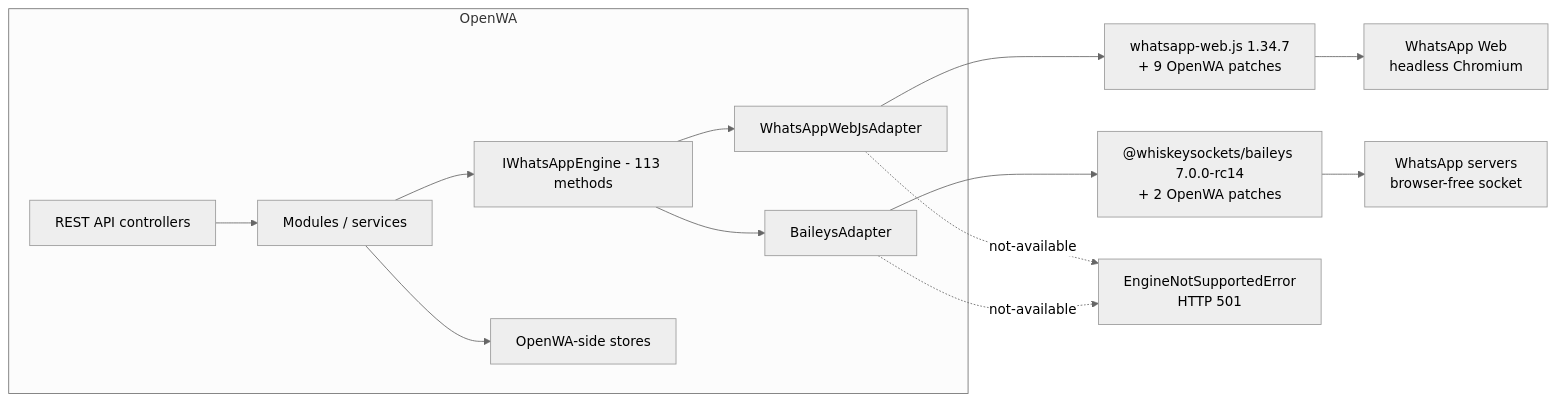
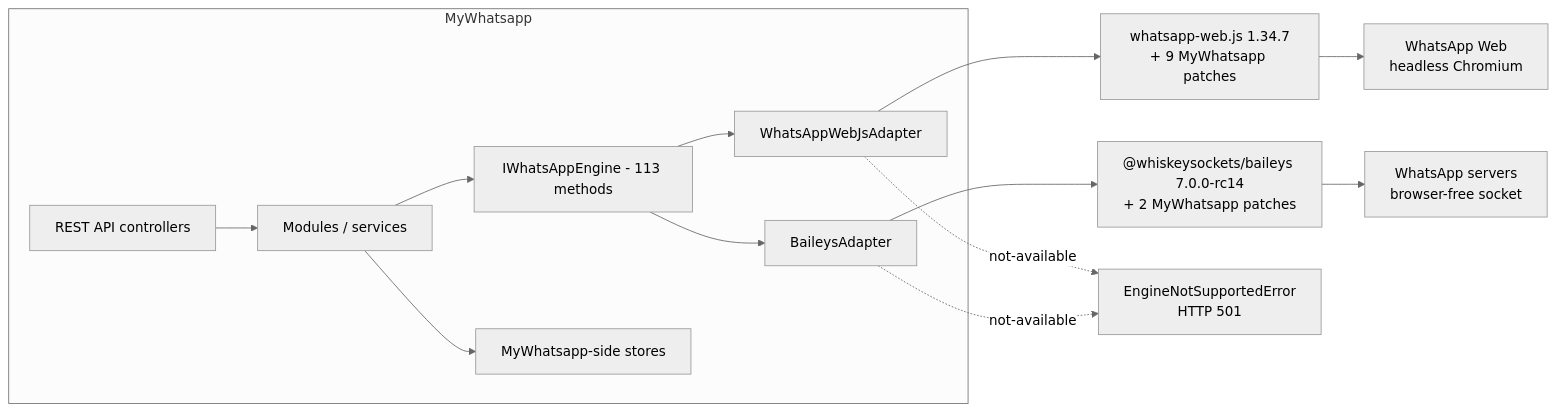
One commit to Myenum2412/whatsapptool changed the first of 2 diagrams in docs/29-engine-capability-matrix.md. Above: the diagram before and after it, drawn with Mermaid (neutral theme). The commit also changed other lines of this file and 874 other files, not shown here.

````diff
--- a/docs/29-engine-capability-matrix.md
+++ b/docs/29-engine-capability-matrix.md
@@ -43,16 +43,16 @@
 ```mermaid
 flowchart LR
-    subgraph OpenWA["OpenWA"]
+    subgraph MyWhatsapp["MyWhatsapp"]
         API["REST API controllers"] --> SVC["Modules / services"]
         SVC --> IF["IWhatsAppEngine - 113 methods"]
         IF --> WA["WhatsAppWebJsAdapter"]
         IF --> BA["BaileysAdapter"]
-        SVC --> STORE["OpenWA-side stores"]
+        SVC --> STORE["MyWhatsapp-side stores"]
     end
-    WA --> WLIB["whatsapp-web.js 1.34.7<br/>+ 9 OpenWA patches"]
-    BA --> BLIB["@whiskeysockets/baileys 7.0.0-rc14<br/>+ 2 OpenWA patches"]
+    WA --> WLIB["whatsapp-web.js 1.34.7<br/>+ 9 MyWhatsapp patches"]
+    BA --> BLIB["@whiskeysockets/baileys 7.0.0-rc14<br/>+ 2 MyWhatsapp patches"]
     WLIB --> WEB["WhatsApp Web<br/>headless Chromium"]
     BLIB --> WAS["WhatsApp servers<br/>browser-free socket"]
     WA -.->|"not-available"| E["EngineNotSupportedError<br/>HTTP 501"]
     BA -.->|"not-available"| E
 ```
````
